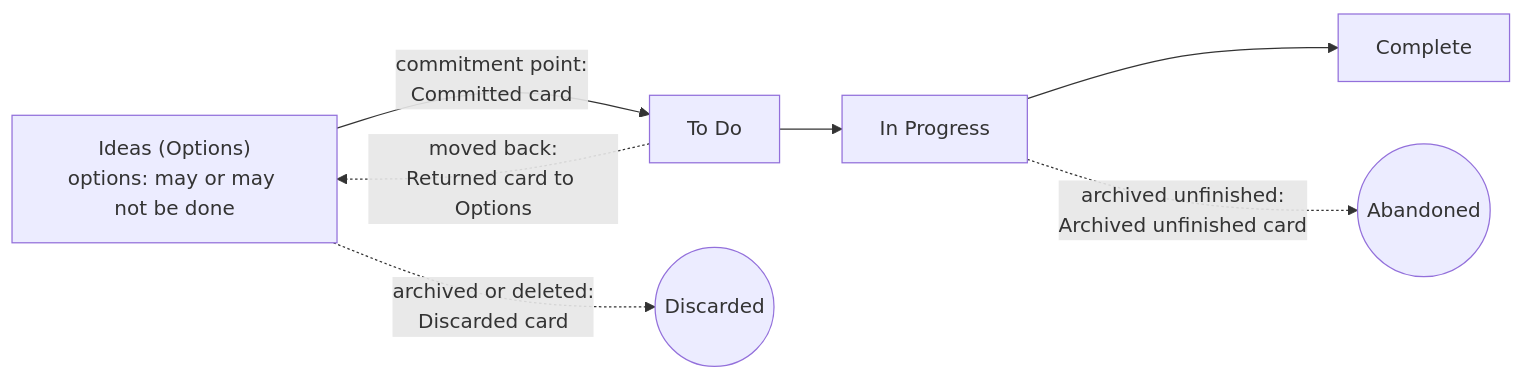
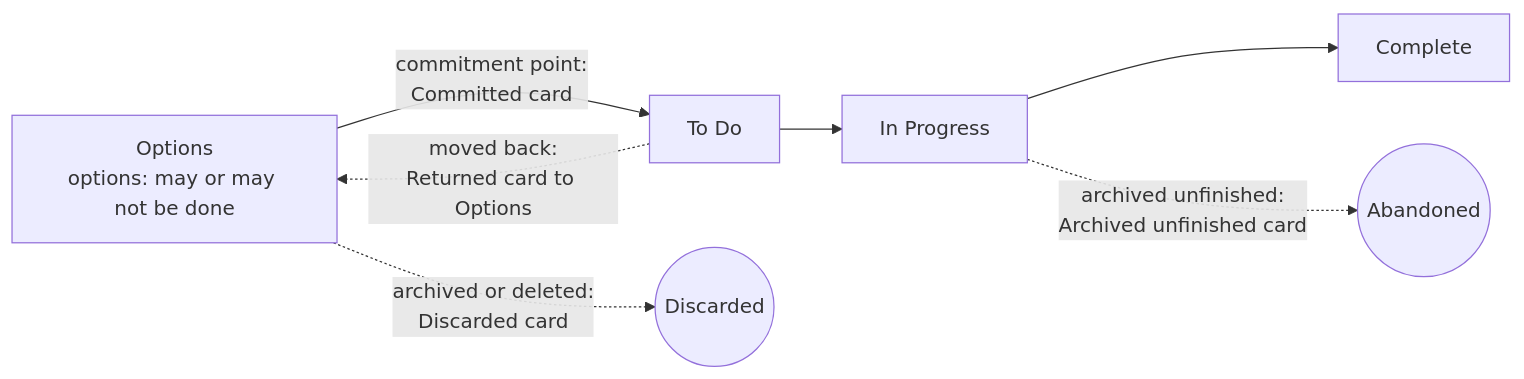
The ninth of 10 diagrams in docs/feature-overview.md (gitBoon/DumpFire), drawn with Mermaid before and after one commit. The commit also changed other lines of this file and 34 other files, not shown here.

````diff
--- a/docs/feature-overview.md
+++ b/docs/feature-overview.md
@@ -424,7 +423,7 @@
 ```mermaid
 flowchart LR
-    Ideas["Ideas (Options)<br/>options: may or may not be done"] -->|"commitment point:<br/>Committed card"| ToDo["To Do"] --> Doing["In Progress"] --> Done["Complete"]
+    Ideas["Options<br/>options: may or may not be done"] -->|"commitment point:<br/>Committed card"| ToDo["To Do"] --> Doing["In Progress"] --> Done["Complete"]
     ToDo -.->|"moved back:<br/>Returned card to Options"| Ideas
     Ideas -.->|"archived or deleted:<br/>Discarded card"| Gone(("Discarded"))
     Doing -.->|"archived unfinished:<br/>Archived unfinished card"| Dropped(("Abandoned"))
 ```
````
